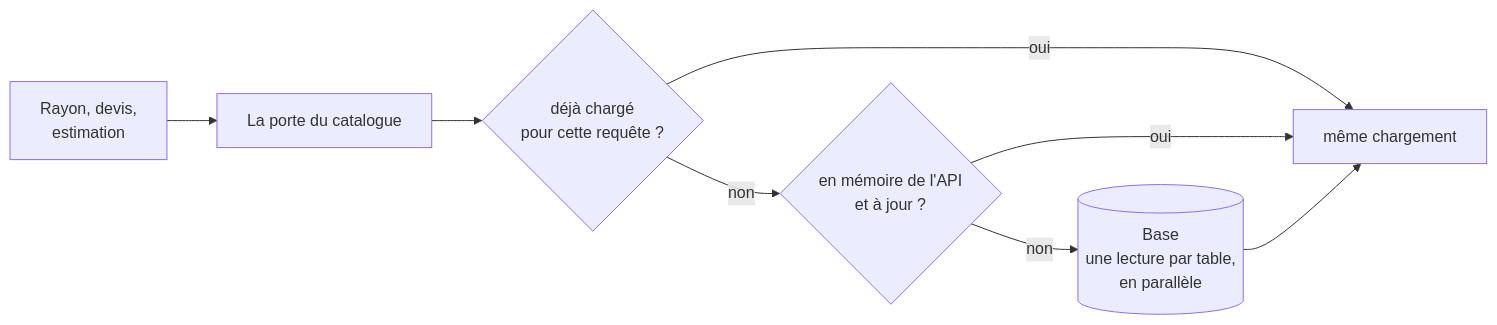
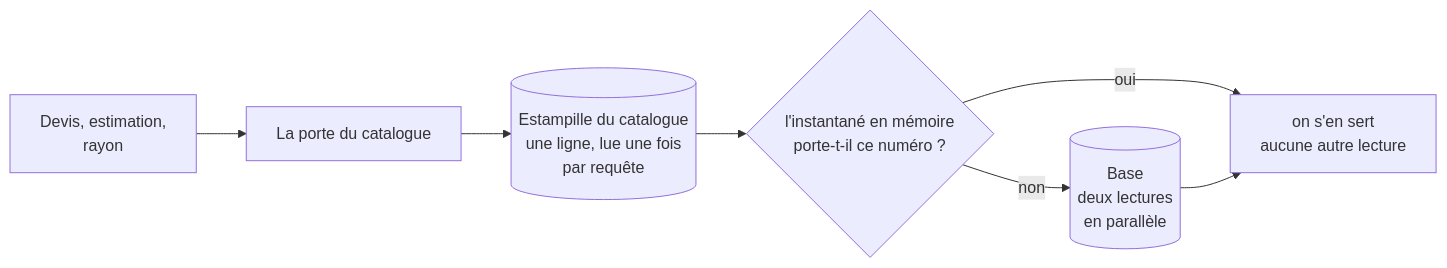
One commit to hugoheynard/lfd changed the diagram in documentation/caching-usage/plan-materiaux-du-catalogue.md. Above: the diagram before and after it, drawn with Mermaid. The commit also changed other lines of this file, not shown here.

First line of the commit message:
docs(cache): le plan du catalogue en instantané, contredit deux fois par vitruve

````diff
--- a/documentation/caching-usage/plan-materiaux-du-catalogue.md
+++ b/documentation/caching-usage/plan-materiaux-du-catalogue.md
@@ -41,10 +41,9 @@
 ```mermaid
 flowchart LR
-  R["Rayon, devis,<br/>estimation"] --> P["La porte du catalogue"]
-  P --> Q{"déjà chargé<br/>pour cette requête ?"}
-  Q -->|"oui"| U["même chargement"]
-  Q -->|"non"| M{"en mémoire de l'API<br/>et à jour ?"}
-  M -->|"oui"| U
-  M -->|"non"| B[("Base<br/>une lecture par table,<br/>en parallèle")]
+  D["Devis, estimation,<br/>rayon"] --> P["La porte du catalogue"]
+  P --> E[("Estampille du catalogue<br/>une ligne, lue une fois<br/>par requête")]
+  E --> Q{"l'instantané en mémoire<br/>porte-t-il ce numéro ?"}
+  Q -->|"oui"| U["on s'en sert<br/>aucune autre lecture"]
+  Q -->|"non"| B[("Base<br/>deux lectures<br/>en parallèle")]
   B --> U
 ```
````
